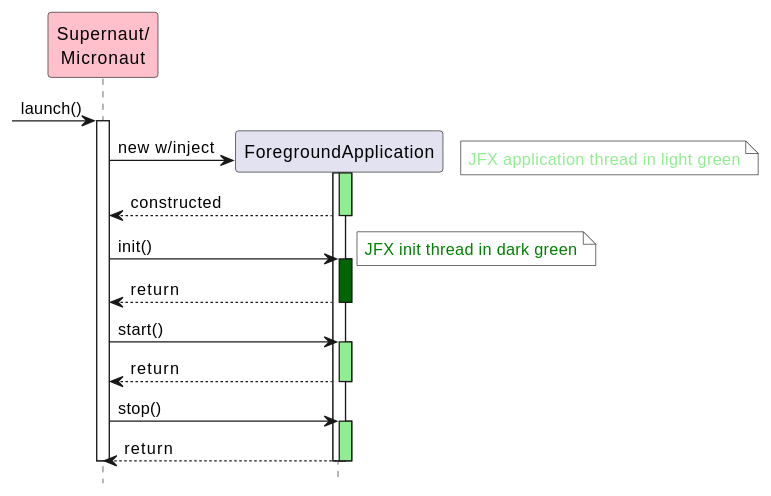
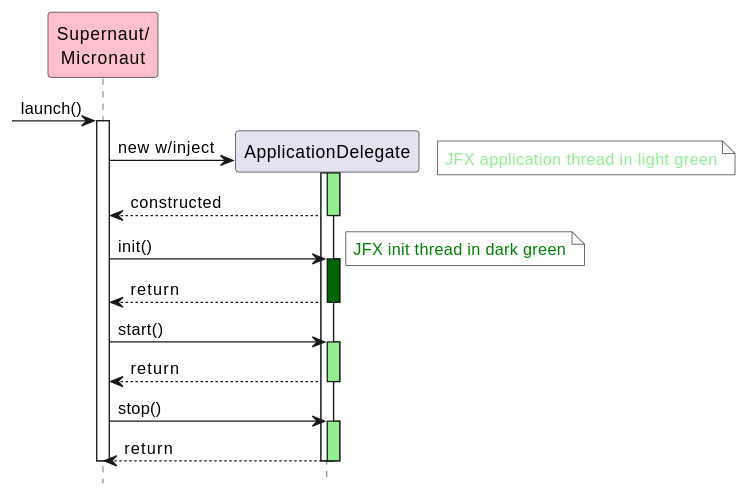
The first of 3 diagrams in doc/supernaut-user-guide.adoc (SupernautApp/SupernautFX), drawn with PlantUML before and after one commit. The commit also changed other lines of this file and 3 other files, not shown here.

```diff
--- a/doc/supernaut-user-guide.adoc
+++ b/doc/supernaut-user-guide.adoc
@@ -252,41 +252,41 @@
 [plantuml, format="svg", id="foreground-seq"]
 ....
 
 skinparam NoteBackgroundColor white
 hide footbox
 
 participant "Supernaut/\nMicronaut" as Supernaut #pink
-participant ForegroundApplication
+participant ApplicationDelegate
 
 [-> Supernaut : launch()
 activate  Supernaut
 
 
-Supernaut -> ForegroundApplication ** : new w/inject
+Supernaut -> ApplicationDelegate ** : new w/inject
 note right: <font color=lightgreen>JFX application thread in light green
-activate ForegroundApplication
-activate  ForegroundApplication #LightGreen
-Supernaut <-- ForegroundApplication : constructed
-deactivate  ForegroundApplication  #LightGreen
+activate ApplicationDelegate
+activate  ApplicationDelegate #LightGreen
+Supernaut <-- ApplicationDelegate : constructed
+deactivate  ApplicationDelegate  #LightGreen
 
-Supernaut -> ForegroundApplication  : init()
-activate  ForegroundApplication #DarkGreen
+Supernaut -> ApplicationDelegate  : init()
+activate  ApplicationDelegate #DarkGreen
 note right: <font color=green>JFX init thread in dark green
-Supernaut <-- ForegroundApplication : return
-deactivate  ForegroundApplication  #DarkGreen
+Supernaut <-- ApplicationDelegate : return
+deactivate  ApplicationDelegate  #DarkGreen
 
-Supernaut -> ForegroundApplication  : start()
-activate  ForegroundApplication #LightGreen
-Supernaut <-- ForegroundApplication : return
-deactivate  ForegroundApplication  #LightGreen
+Supernaut -> ApplicationDelegate  : start()
+activate  ApplicationDelegate #LightGreen
+Supernaut <-- ApplicationDelegate : return
+deactivate  ApplicationDelegate  #LightGreen
 
 
-Supernaut -> ForegroundApplication  : stop()
-activate  ForegroundApplication #LightGreen
-Supernaut <-- ForegroundApplication : return
+Supernaut -> ApplicationDelegate  : stop()
+activate  ApplicationDelegate #LightGreen
+Supernaut <-- ApplicationDelegate : return
 
-deactivate ForegroundApplication  #LightGreen
-deactivate ForegroundApplication
+deactivate ApplicationDelegate  #LightGreen
+deactivate ApplicationDelegate
 
 deactivate  Supernaut
 ....
```
